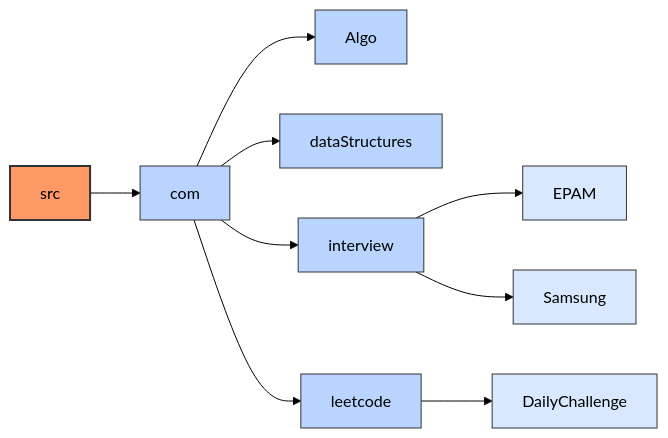
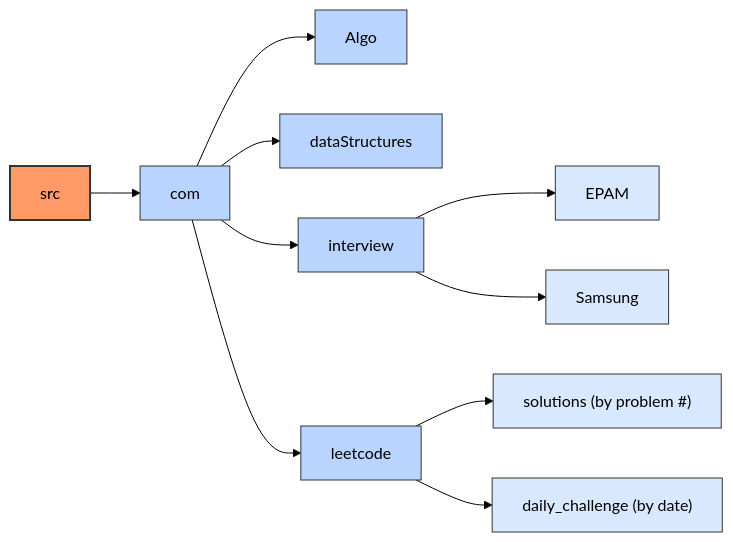
The diagram in README.md (saurabh111121/dsa), drawn with Mermaid (forest theme) before and after one commit. The commit also changed other lines of this file and 3 other files, not shown here.

````diff
--- a/README.md
+++ b/README.md
@@ -7,20 +28,21 @@
 ```mermaid
 flowchart LR
     src --> com
     com --> Algo
     com --> dataStructures
     com --> interview
     com --> leetcode
     interview --> EPAM
     interview --> Samsung
-    leetcode --> DailyChallenge
+    leetcode --> solutions["solutions (by problem #)"]
+    leetcode --> daily["daily_challenge (by date)"]
     
     %% Styling
     classDef rootNode fill:#f96,stroke:#333,stroke-width:2px;
     classDef folderNode fill:#b8d4ff,stroke:#333,stroke-width:1px;
     classDef subfolderNode fill:#d8e8ff,stroke:#333,stroke-width:1px;
     
     class src rootNode;
     class com,Algo,dataStructures,interview,leetcode folderNode;
-    class EPAM,Samsung,DailyChallenge subfolderNode;
+    class EPAM,Samsung,solutions,daily subfolderNode;
 ```
````
